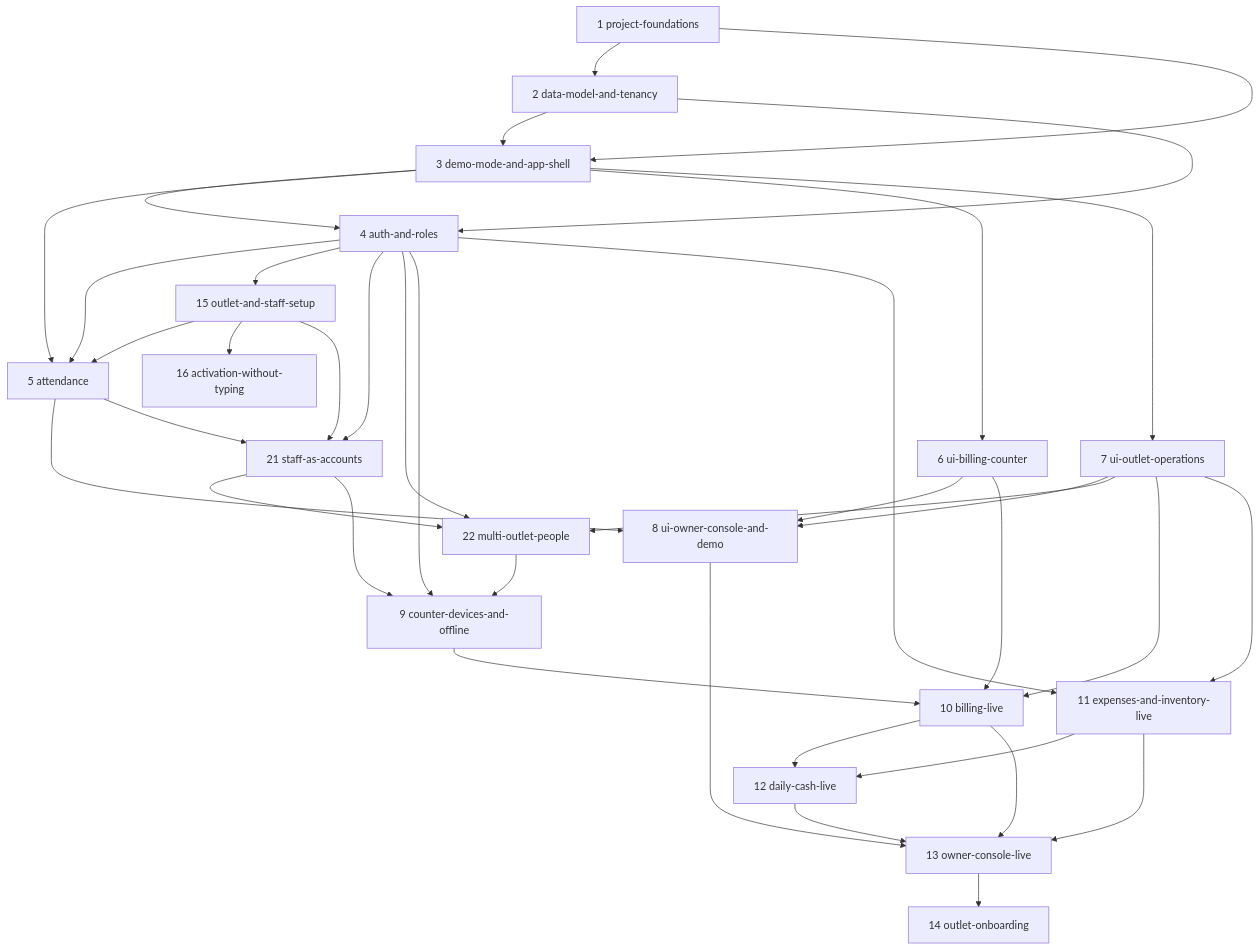
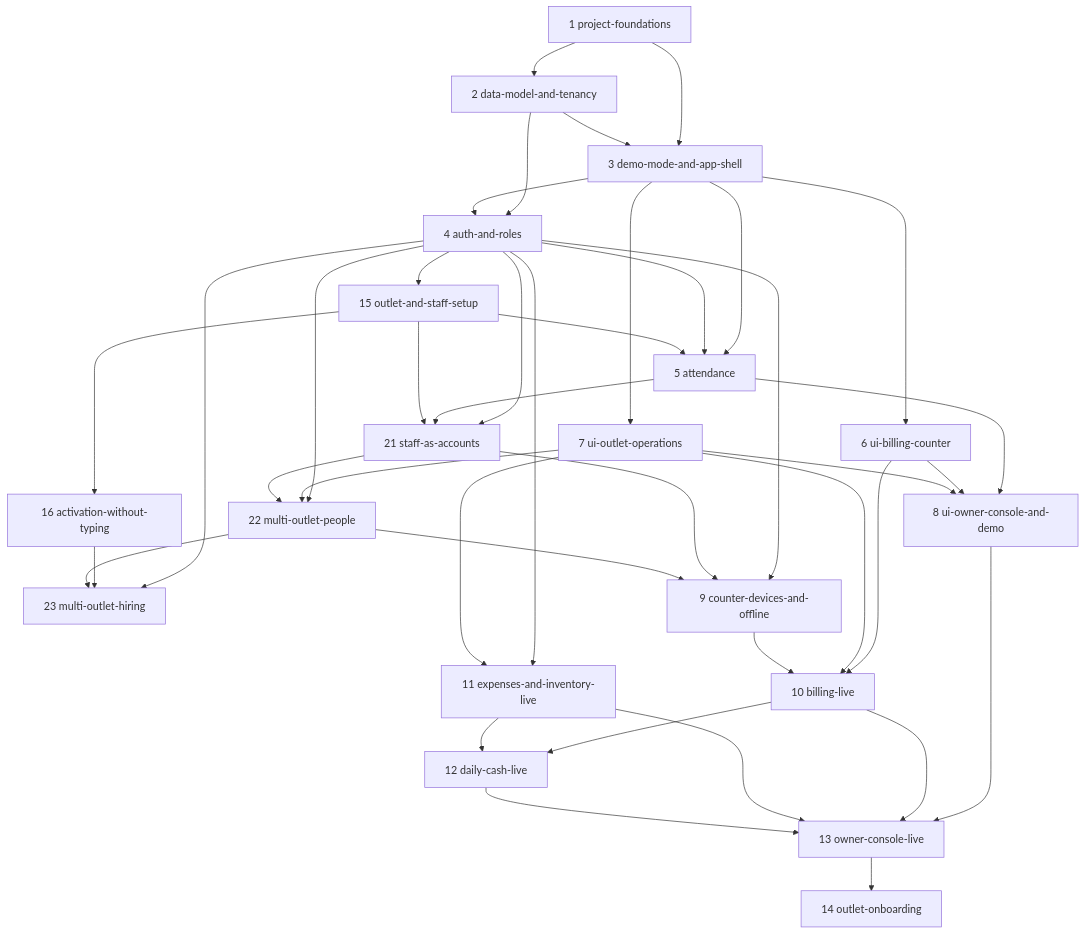
Before and after one commit to abdatta/shawarmania-ops: the diagram in openspec/changes/ROADMAP.md, drawn with Mermaid. The commit also changed other lines of this file and 1 other file, not shown here.

First line of the commit message:
Seed multi-outlet-hiring (#23): one hire, several outlets, one code that lives

````diff
--- a/openspec/changes/ROADMAP.md
+++ b/openspec/changes/ROADMAP.md
@@ -89,39 +92,42 @@
 ```mermaid
 graph TD
     C1[1 project-foundations] --> C2[2 data-model-and-tenancy]
     C1 --> C3[3 demo-mode-and-app-shell]
     C2 --> C3
     C2 --> C4[4 auth-and-roles]
     C3 --> C4
     C3 --> C5[5 attendance]
     C4 --> C5
     C4 --> C15[15 outlet-and-staff-setup]
     C15 --> C5
     C15 --> C16[16 activation-without-typing]
     C3 --> C6[6 ui-billing-counter]
     C3 --> C7[7 ui-outlet-operations]
     C5 --> C8[8 ui-owner-console-and-demo]
     C6 --> C8
     C7 --> C8
     C4 --> C21[21 staff-as-accounts]
     C5 --> C21
     C15 --> C21
     C4 --> C22[22 multi-outlet-people]
     C7 --> C22
     C21 --> C22
+    C4 --> C23[23 multi-outlet-hiring]
+    C16 --> C23
+    C22 --> C23
     C4 --> C9[9 counter-devices-and-offline]
     C21 --> C9
     C22 --> C9
     C6 --> C10[10 billing-live]
     C7 --> C10
     C9 --> C10
     C4 --> C11[11 expenses-and-inventory-live]
     C7 --> C11
     C10 --> C12[12 daily-cash-live]
     C11 --> C12
     C8 --> C13[13 owner-console-live]
     C10 --> C13
     C11 --> C13
     C12 --> C13
     C13 --> C14[14 outlet-onboarding]
 ```
````
